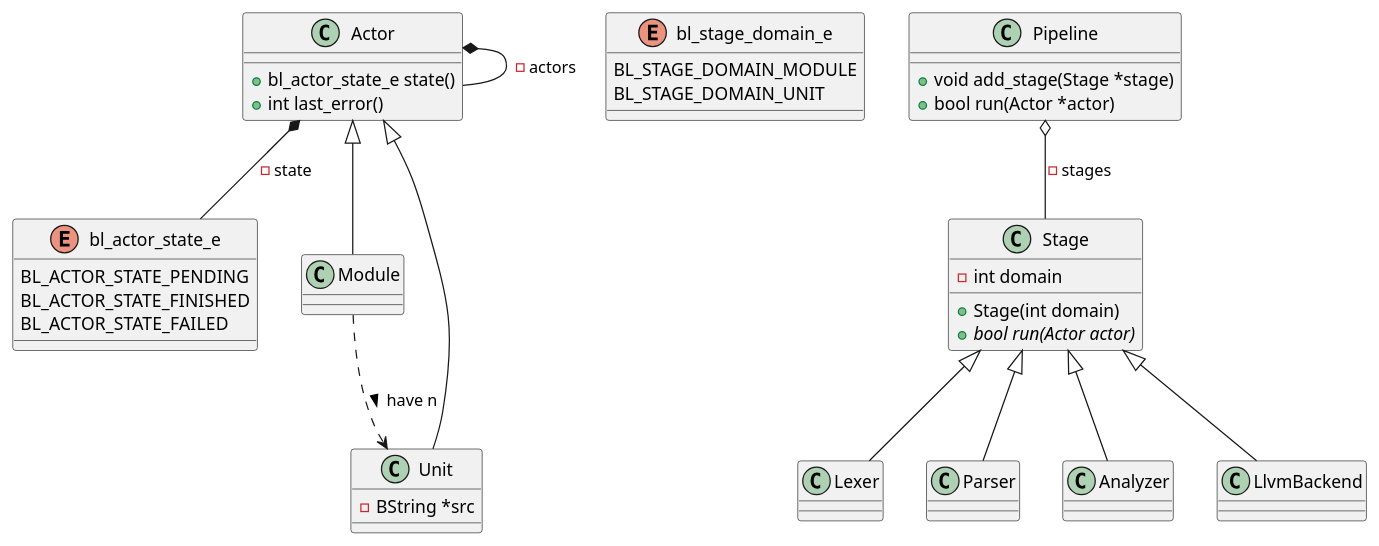
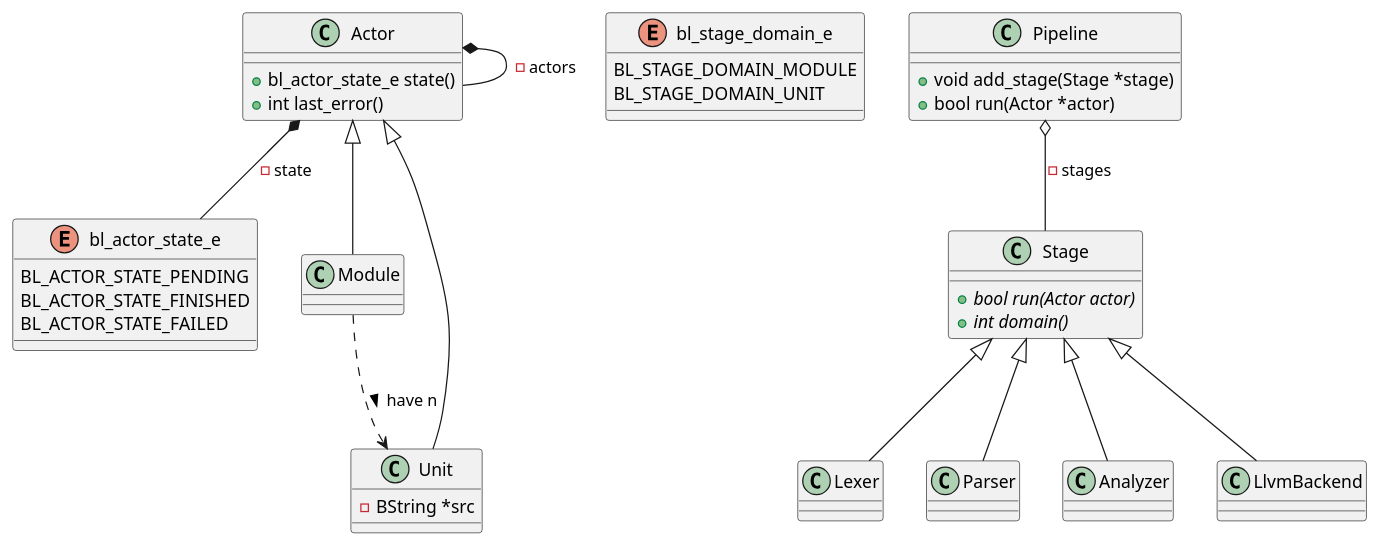
Before and after one commit to travisdoor/bl: the diagram in doc/classes.puml, drawn with PlantUML. The commit also changed 21 other files, not shown here.

```diff
--- a/doc/classes.puml
+++ b/doc/classes.puml
@@ -1,59 +1,58 @@
 @startuml
 enum bl_actor_state_e {
   BL_ACTOR_STATE_PENDING
   BL_ACTOR_STATE_FINISHED
   BL_ACTOR_STATE_FAILED
 }
 
 enum bl_stage_domain_e {
   BL_STAGE_DOMAIN_MODULE
   BL_STAGE_DOMAIN_UNIT
 }
 
 class Actor {
   + bl_actor_state_e state()
   + int last_error()
 }
 
 class Pipeline {
   + void add_stage(Stage *stage)
   + bool run(Actor *actor)
 }
 
 class Stage {
-  + Stage(int domain)
   {abstract} + bool run(Actor actor)
-  - int domain
+  {abstract} + int domain()
 }
 
 class Module {
 }
 
 class Unit {
   - BString *src
 }
 
 class Lexer {
 }
 
 class Parser {
 }
 
 class Analyzer {
 }
 
 Stage <|-- Lexer
 Stage <|-- Parser 
 Stage <|-- Analyzer  
 Stage <|-- LlvmBackend 
 
 Pipeline o-- Stage: - stages
 
 Module ..> Unit: have n >
 
 Actor <|-- Module
 Actor <|-- Unit
 Actor *-- bl_actor_state_e: - state
 Actor *-- Actor: - actors 
 
 @enduml
```
